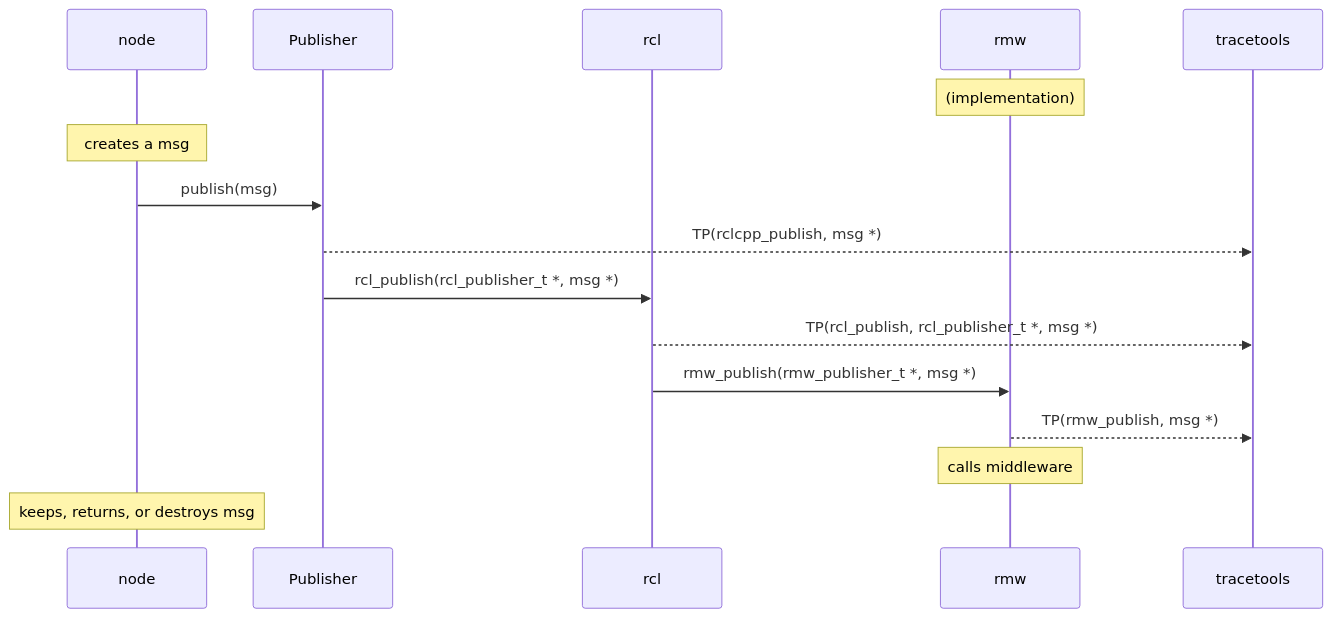
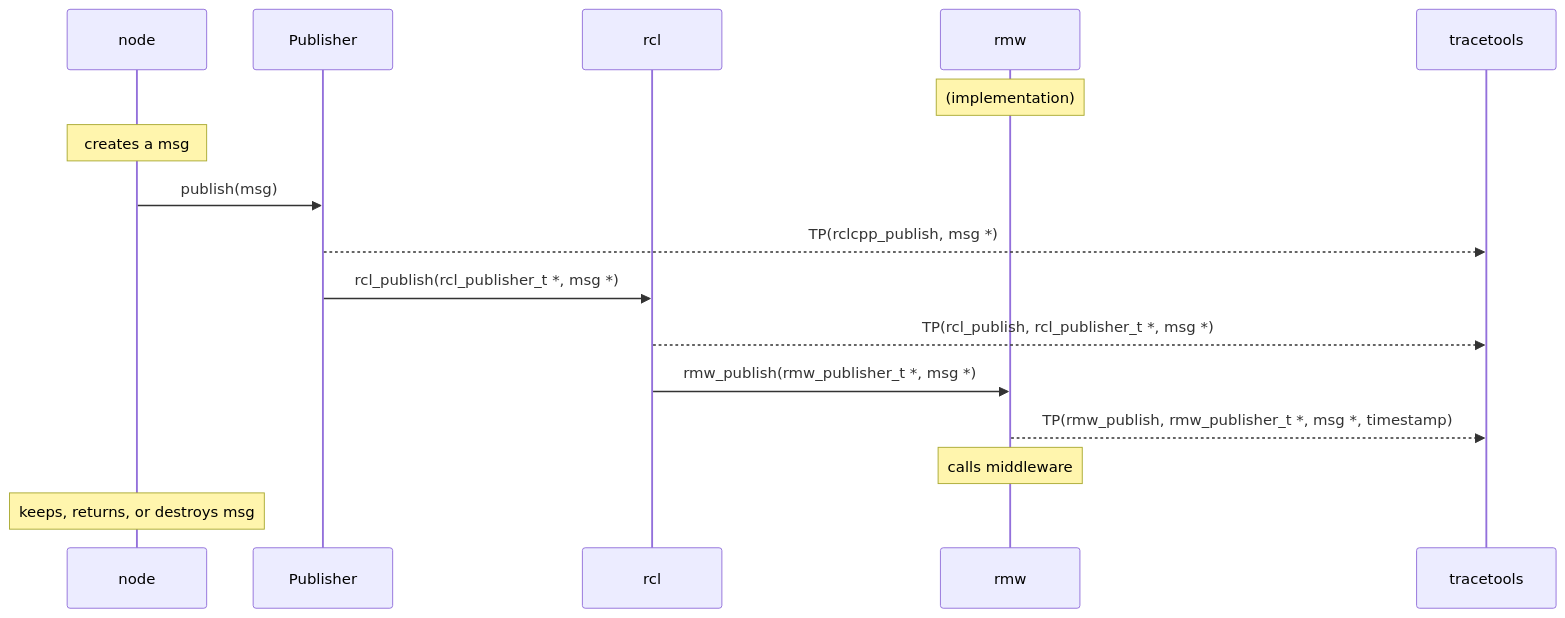
The ninth of 20 diagrams in doc/design_ros_2.md (ros2-gbp/ros2_tracing-release), drawn with Mermaid before and after one commit. The commit also changed other lines of this file and 64 other files, not shown here.

````diff
--- a/doc/design_ros_2.md
+++ b/doc/design_ros_2.md
@@ -523,20 +521,20 @@
 ```mermaid
 sequenceDiagram
     participant node
     participant Publisher
     participant rcl
     participant rmw
     participant tracetools
 
     Note over rmw: (implementation)
 
     Note over node: creates a msg
     node->>Publisher: publish(msg)
     Publisher-->>tracetools: TP(rclcpp_publish, msg *)
     Publisher->>rcl: rcl_publish(rcl_publisher_t *, msg *)
     rcl-->>tracetools: TP(rcl_publish, rcl_publisher_t *, msg *)
     rcl->>rmw: rmw_publish(rmw_publisher_t *, msg *)
-    rmw-->>tracetools: TP(rmw_publish, msg *)
+    rmw-->>tracetools: TP(rmw_publish, rmw_publisher_t *, msg *, timestamp)
     Note over rmw: calls middleware
     Note over node: keeps, returns, or destroys msg
 ```
````
